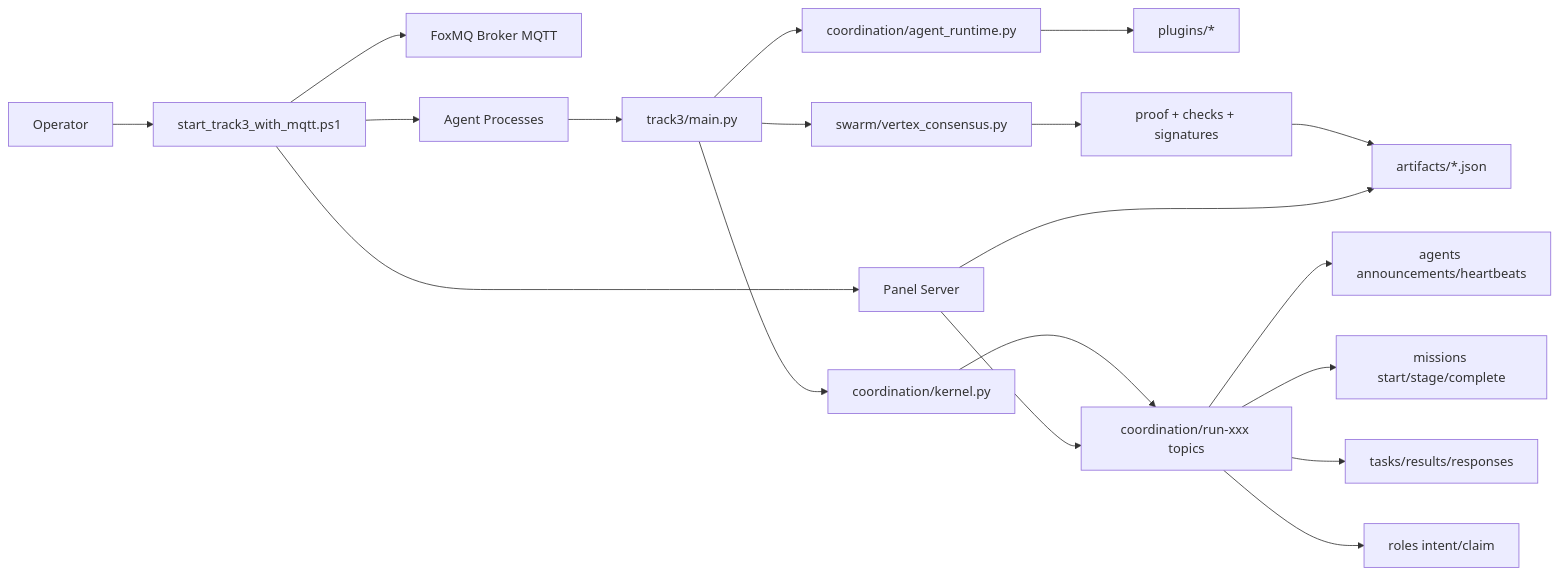
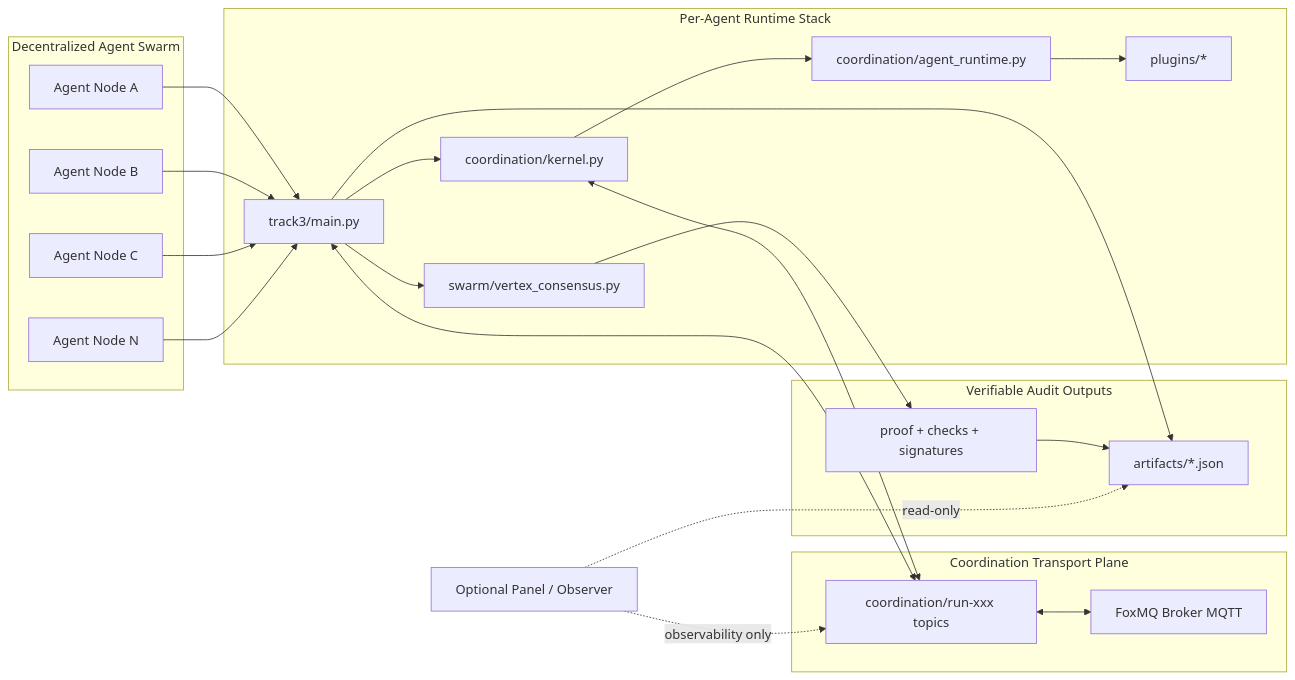
Before and after one commit to shui-nirvana/vertex_swarm_track3: the first of 2 diagrams in README.md, drawn with Mermaid. The commit also changed other lines of this file, not shown here.

````diff
--- a/README.md
+++ b/README.md
@@ -18,24 +18,47 @@
 ```mermaid
 flowchart LR
-    OP[Operator] --> BOOT[start_track3_with_mqtt.ps1]
-    BOOT --> BROKER[FoxMQ Broker MQTT]
-    BOOT --> PANEL[Panel Server]
-    BOOT --> AGENTS[Agent Processes]
+    subgraph SWARM[Decentralized Agent Swarm]
+        A1[Agent Node A]
+        A2[Agent Node B]
+        A3[Agent Node C]
+        A4[Agent Node N]
+    end
 
-    AGENTS --> MAIN[track3/main.py]
-    MAIN --> KERNEL[coordination/kernel.py]
-    MAIN --> RUNTIME[coordination/agent_runtime.py]
-    RUNTIME --> PLUGINS[plugins/*]
+    subgraph AGENT_STACK[Per-Agent Runtime Stack]
+        MAIN[track3/main.py]
+        KERNEL[coordination/kernel.py]
+        RUNTIME[coordination/agent_runtime.py]
+        PLUGINS[plugins/*]
+        CONSENSUS[swarm/vertex_consensus.py]
+    end
 
-    KERNEL --> TOPICS[coordination/run-xxx topics]
-    TOPICS --> AANN[agents announcements/heartbeats]
-    TOPICS --> MISSION[missions start/stage/complete]
-    TOPICS --> TASKS[tasks/results/responses]
-    TOPICS --> ROLE[roles intent/claim]
+    subgraph BUS[Coordination Transport Plane]
+        BROKER[FoxMQ Broker MQTT]
+        TOPICS[coordination/run-xxx topics]
+    end
 
-    MAIN --> CONSENSUS[swarm/vertex_consensus.py]
-    CONSENSUS --> PROOF[proof + checks + signatures]
-    PROOF --> ARTIFACTS[artifacts/*.json]
-    PANEL --> ARTIFACTS
-    PANEL --> TOPICS
+    subgraph AUDIT[Verifiable Audit Outputs]
+        PROOF[proof + checks + signatures]
+        ARTIFACTS[artifacts/*.json]
+    end
+
+    A1 --> MAIN
+    A2 --> MAIN
+    A3 --> MAIN
+    A4 --> MAIN
+    MAIN --> KERNEL
+    KERNEL --> RUNTIME
+    RUNTIME --> PLUGINS
+    MAIN --> CONSENSUS
+
+    KERNEL <--> TOPICS
+    MAIN <--> TOPICS
+    TOPICS <--> BROKER
+
+    CONSENSUS --> PROOF
+    MAIN --> ARTIFACTS
+    PROOF --> ARTIFACTS
+
+    OBS[Optional Panel / Observer] -. observability only .-> TOPICS
+    OBS -. read-only .-> ARTIFACTS
 ```
````
